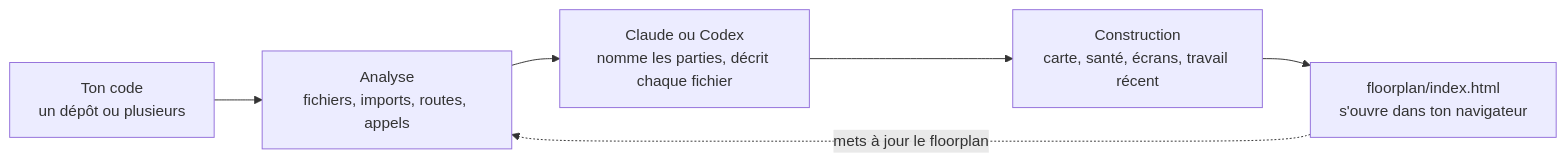
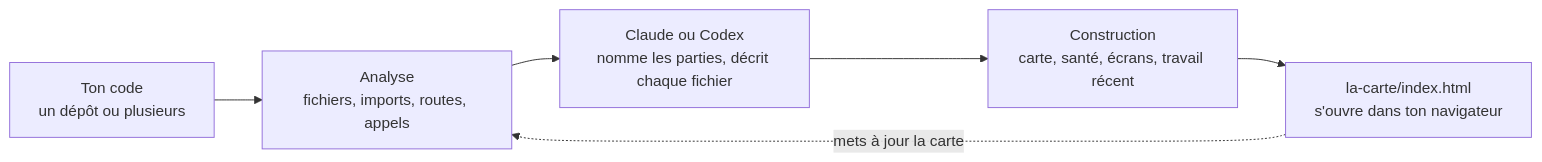
Before and after one commit to Doukay/la-carte: the diagram in README.md, drawn with Mermaid. The commit also changed other lines of this file and 126 other files, not shown here.

````diff
--- a/README.md
+++ b/README.md
@@ -211,8 +206,8 @@
 ```mermaid
 flowchart LR
     code["Ton code<br/>un dépôt ou plusieurs"] --> scan["Analyse<br/>fichiers, imports, routes, appels"]
     scan --> agent["Claude ou Codex<br/>nomme les parties, décrit chaque fichier"]
     agent --> build["Construction<br/>carte, santé, écrans, travail récent"]
-    build --> map["floorplan/index.html<br/>s'ouvre dans ton navigateur"]
-    map -. "mets à jour le floorplan" .-> scan
+    build --> map["la-carte/index.html<br/>s'ouvre dans ton navigateur"]
+    map -. "mets à jour la carte" .-> scan
 ```
````
